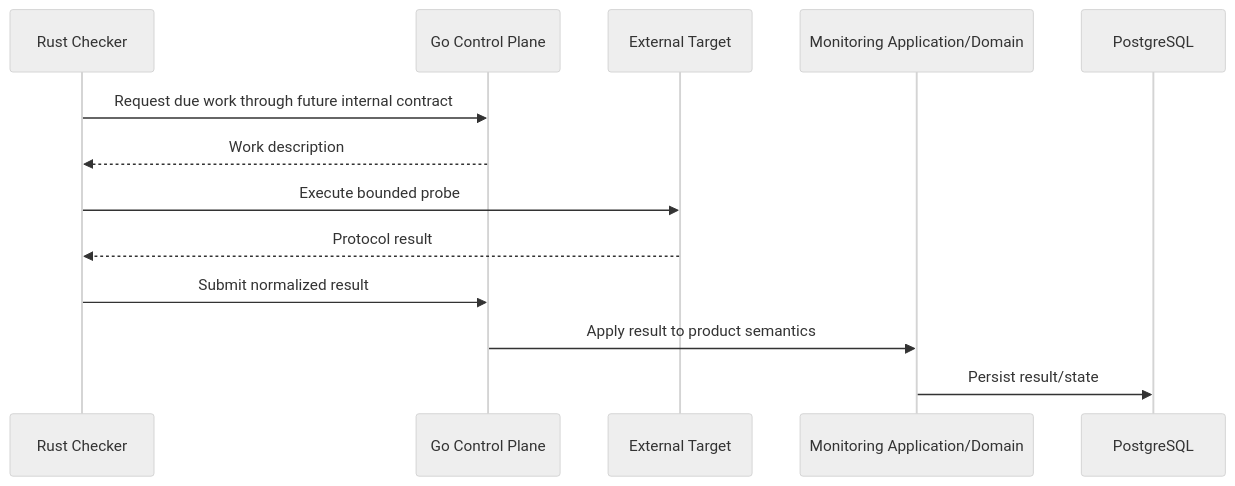
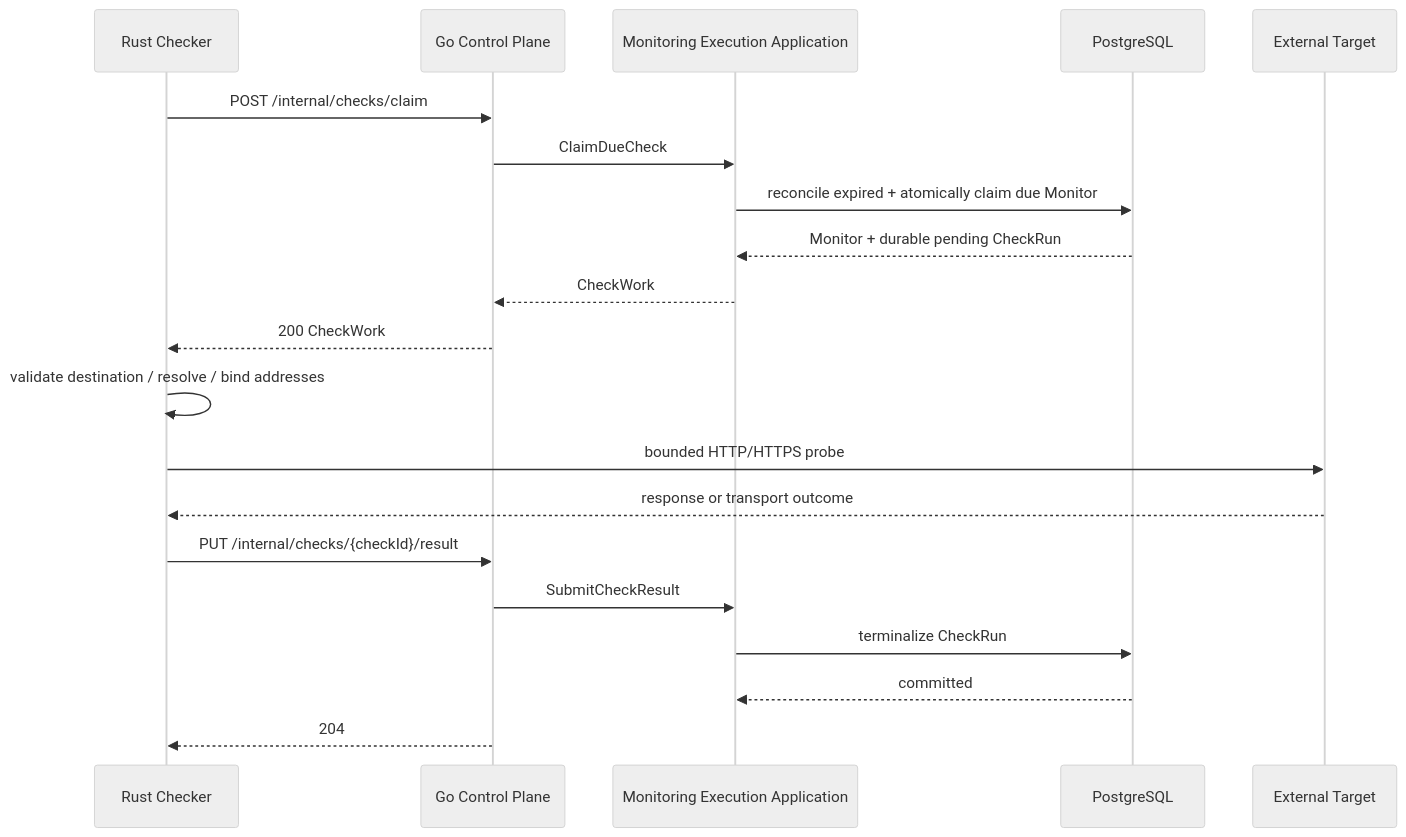
Before and after one commit to kefyusuf/uptime-lab: the second of 4 diagrams in docs/architecture/runtime-flows.md, drawn with Mermaid (neutral theme). The commit also changed other lines of this file and 94 other files, not shown here.

````diff
--- a/docs/architecture/runtime-flows.md
+++ b/docs/architecture/runtime-flows.md
@@ -35,16 +34,23 @@
 ```mermaid
 sequenceDiagram
     participant Rust as Rust Checker
     participant Go as Go Control Plane
+    participant Monitoring as Monitoring Execution Application
+    participant DB as PostgreSQL
     participant Target as External Target
-    participant Monitoring as Monitoring Application/Domain
-    participant DB as PostgreSQL
 
-    Rust->>Go: Request due work through future internal contract
-    Go-->>Rust: Work description
-    Rust->>Target: Execute bounded probe
-    Target-->>Rust: Protocol result
-    Rust->>Go: Submit normalized result
-    Go->>Monitoring: Apply result to product semantics
-    Monitoring->>DB: Persist result/state
+    Rust->>Go: POST /internal/checks/claim
+    Go->>Monitoring: ClaimDueCheck
+    Monitoring->>DB: reconcile expired + atomically claim due Monitor
+    DB-->>Monitoring: Monitor + durable pending CheckRun
+    Monitoring-->>Go: CheckWork
+    Go-->>Rust: 200 CheckWork
+    Rust->>Rust: validate destination / resolve / bind addresses
+    Rust->>Target: bounded HTTP/HTTPS probe
+    Target-->>Rust: response or transport outcome
+    Rust->>Go: PUT /internal/checks/{checkId}/result
+    Go->>Monitoring: SubmitCheckResult
+    Monitoring->>DB: terminalize CheckRun
+    DB-->>Monitoring: committed
+    Go-->>Rust: 204
 ```
````
